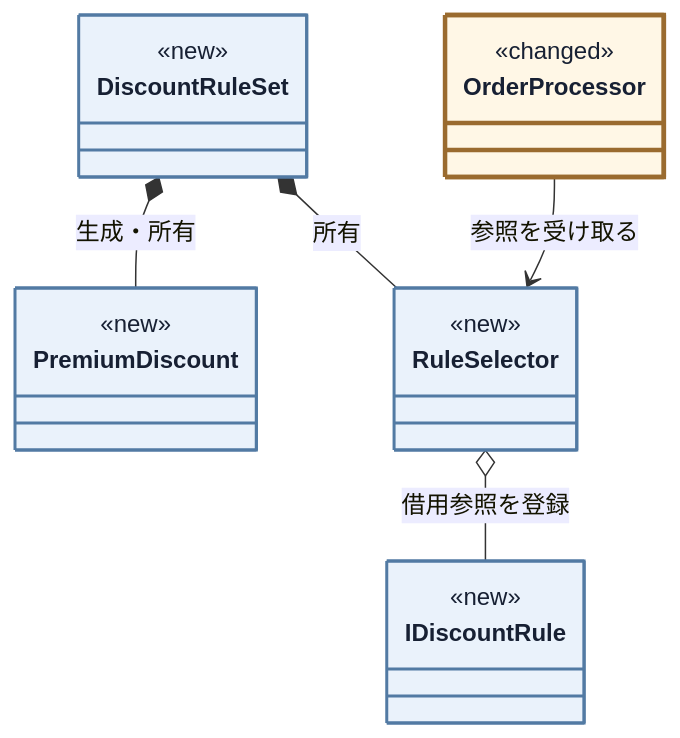
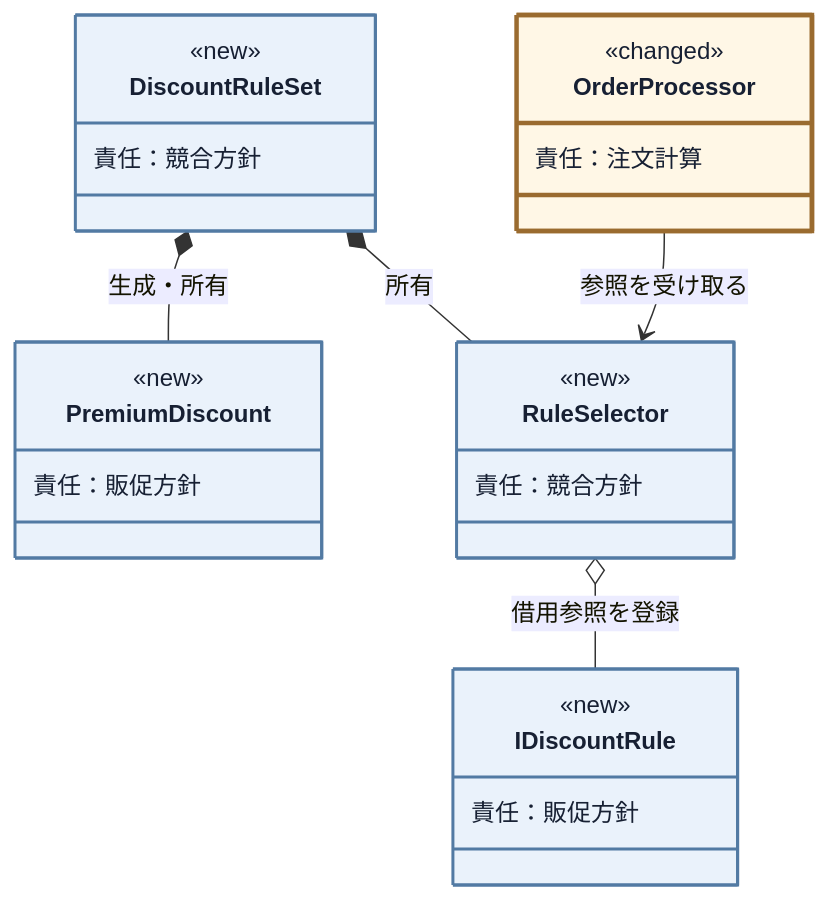
Diagram 11 of 18 in kindle/design-patterns/books/volume01-core-patterns/output/03-chapter01.md (kumachan1101-pixel/DesignPattern), drawn with Mermaid before and after one commit. The commit also changed other lines of this file and 19 other files, not shown here.

````diff
--- a/kindle/design-patterns/books/volume01-core-patterns/output/03-chapter01.md
+++ b/kindle/design-patterns/books/volume01-core-patterns/output/03-chapter01.md
@@ -1543,27 +1500,32 @@
 ```mermaid
 classDiagram
     direction TB
     class DiscountRuleSet:::added {
         <<new>>
+        責任：競合方針
     }
     class PremiumDiscount:::added {
         <<new>>
+        責任：販促方針
     }
     class RuleSelector:::added {
         <<new>>
+        責任：競合方針
     }
     class IDiscountRule:::added {
         <<new>>
         <<interface>>
+        責任：販促方針
     }
     class OrderProcessor:::touched {
         <<changed>>
+        責任：注文計算
     }
     DiscountRuleSet *-- PremiumDiscount : 生成・所有
     DiscountRuleSet *-- RuleSelector : 所有
     RuleSelector o-- IDiscountRule : 借用参照を登録
     OrderProcessor --> RuleSelector : 参照を受け取る
 
     classDef added fill:#eaf2fb,stroke:#527aa3,stroke-width:2px,color:#172033;
     classDef touched fill:#fff7e6,stroke:#9a6b2f,stroke-width:3px,color:#172033;
 ```
````
